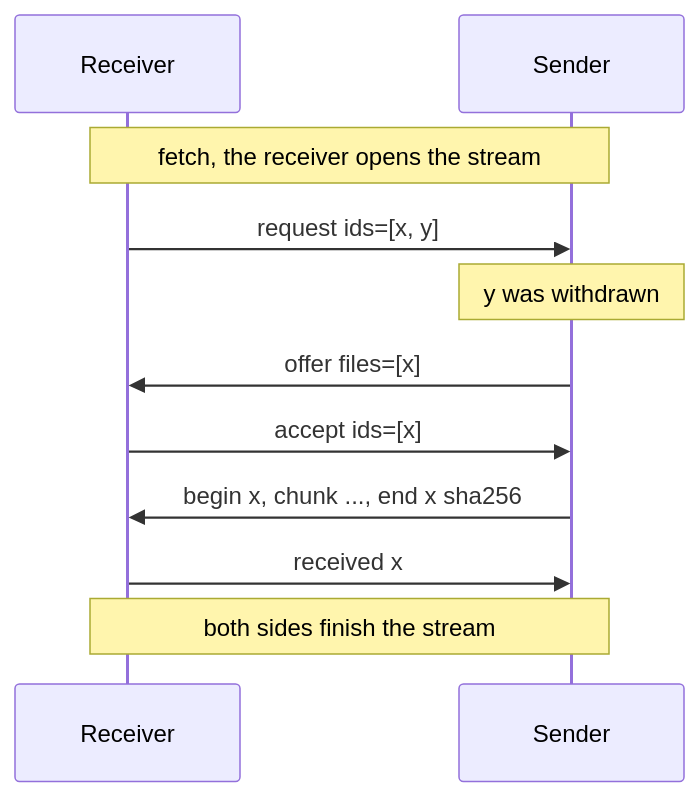
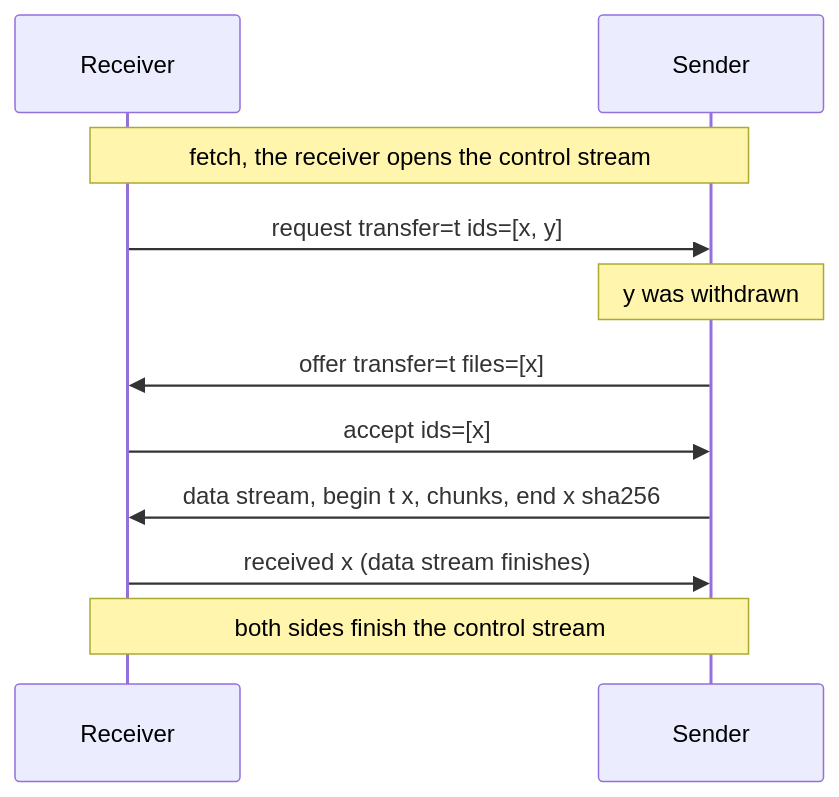
One commit to garth/ligature-protocol changed the second of 3 diagrams in docs/milestones/04-files.md. Above: the diagram before and after it, drawn with Mermaid. The commit also changed other lines of this file and 1 other file, not shown here.

Commit message:
LP-100 Milestone 4 plan: a control stream per transfer and a data stream per file, parallelism bounded by the receiver's maxStreams

````diff
--- a/docs/milestones/04-files.md
+++ b/docs/milestones/04-files.md
@@ -165,13 +187,13 @@
 ```mermaid
 sequenceDiagram
     participant R as Receiver
     participant S as Sender
-    Note over R,S: fetch, the receiver opens the stream
-    R->>S: request ids=[x, y]
+    Note over R,S: fetch, the receiver opens the control stream
+    R->>S: request transfer=t ids=[x, y]
     Note over S: y was withdrawn
-    S->>R: offer files=[x]
+    S->>R: offer transfer=t files=[x]
     R->>S: accept ids=[x]
-    S->>R: begin x, chunk ..., end x sha256
-    R->>S: received x
-    Note over R,S: both sides finish the stream
+    S->>R: data stream, begin t x, chunks, end x sha256
+    R->>S: received x (data stream finishes)
+    Note over R,S: both sides finish the control stream
 ```
````
